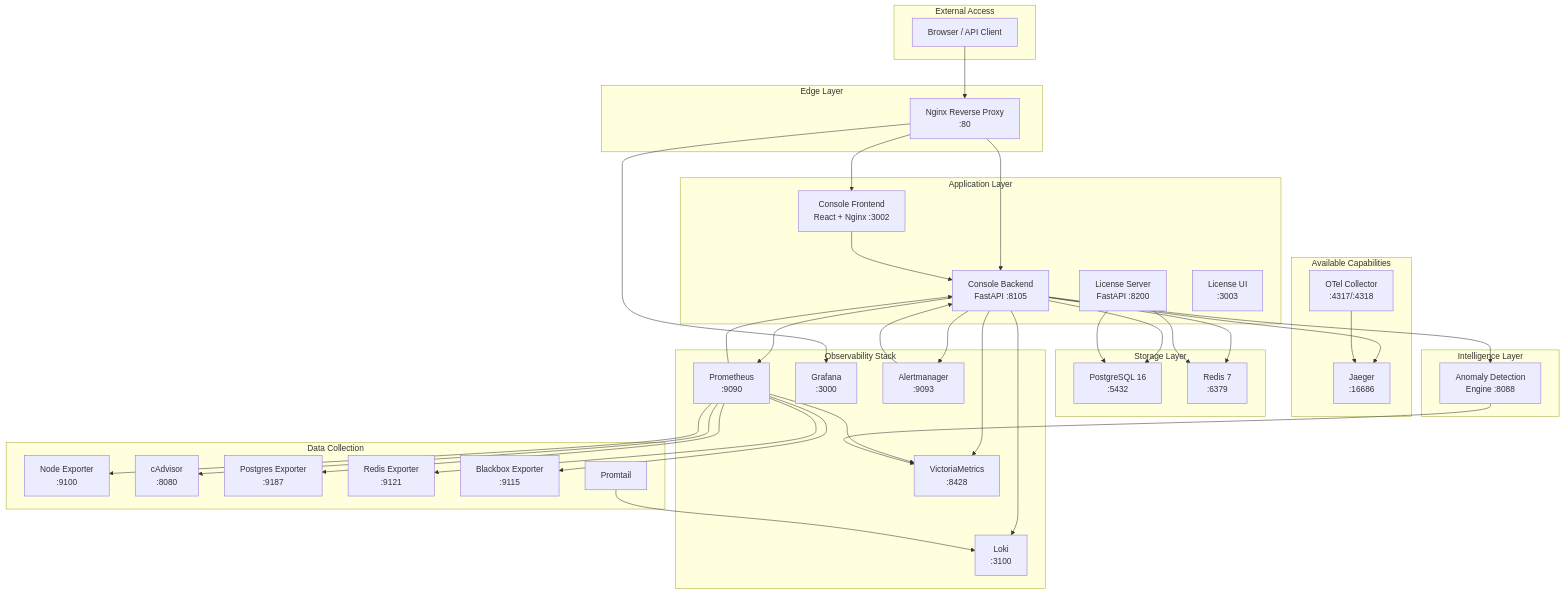
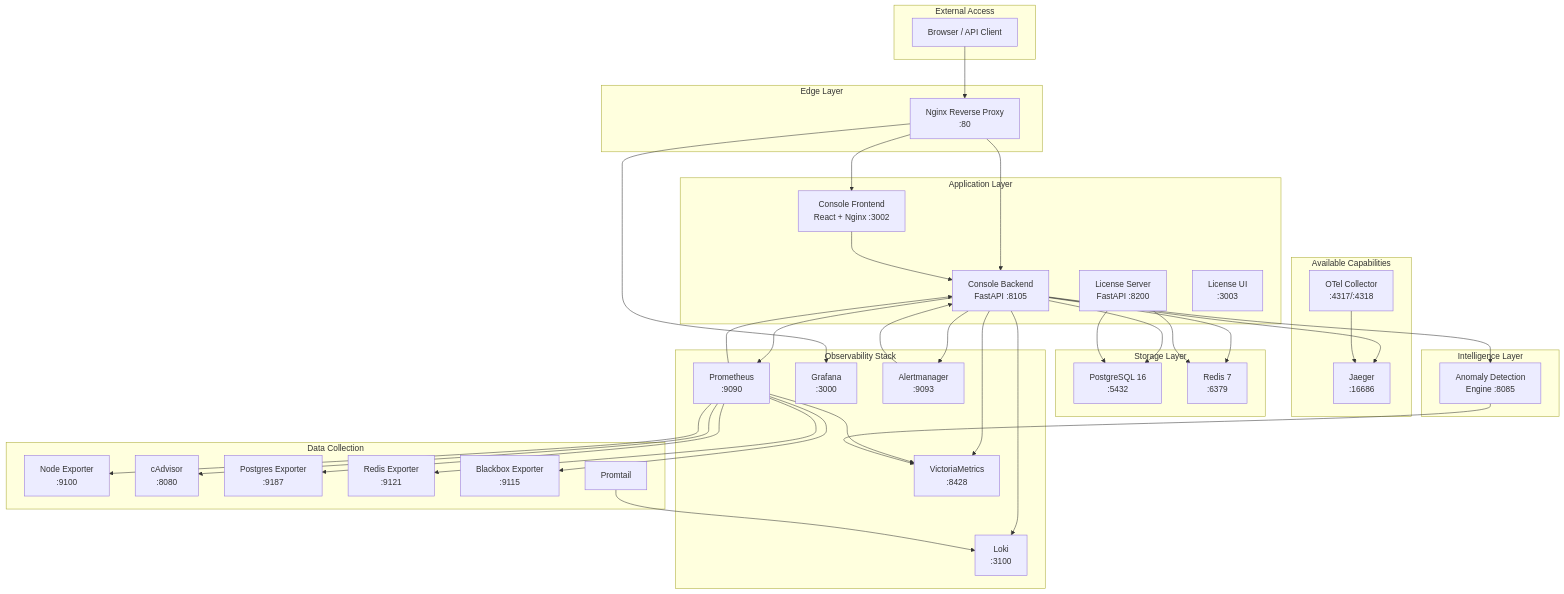
The first of 2 diagrams in rhinometric-console/docs/TECHNICAL_PLATFORM_OVERVIEW.md (Rafael2712/rhinometric-overview), drawn with Mermaid before and after one commit. The commit also changed other lines of this file and 10 other files, not shown here.

````diff
--- a/rhinometric-console/docs/TECHNICAL_PLATFORM_OVERVIEW.md
+++ b/rhinometric-console/docs/TECHNICAL_PLATFORM_OVERVIEW.md
@@ -14,75 +14,75 @@
 ```mermaid
 graph TB
     subgraph "External Access"
         USER["Browser / API Client"]
     end
 
     subgraph "Edge Layer"
         NGINX["Nginx Reverse Proxy<br/>:80"]
     end
 
     subgraph "Application Layer"
         FE["Console Frontend<br/>React + Nginx :3002"]
         BE["Console Backend<br/>FastAPI :8105"]
         LS["License Server<br/>FastAPI :8200"]
         LUI["License UI<br/>:3003"]
     end
 
     subgraph "Observability Stack"
         PROM["Prometheus<br/>:9090"]
         VM["VictoriaMetrics<br/>:8428"]
         LOKI["Loki<br/>:3100"]
         GRAFANA["Grafana<br/>:3000"]
         AM["Alertmanager<br/>:9093"]
     end
 
     subgraph "Available Capabilities"
         JAEGER["Jaeger<br/>:16686"]
         OTEL["OTel Collector<br/>:4317/:4318"]
     end
 
     subgraph "Data Collection"
         NE["Node Exporter<br/>:9100"]
         CA["cAdvisor<br/>:8080"]
         PE["Postgres Exporter<br/>:9187"]
         RE["Redis Exporter<br/>:9121"]
         BB["Blackbox Exporter<br/>:9115"]
         PT["Promtail"]
     end
 
     subgraph "Storage Layer"
         PG["PostgreSQL 16<br/>:5432"]
         REDIS["Redis 7<br/>:6379"]
     end
 
     subgraph "Intelligence Layer"
-        AI["Anomaly Detection<br/>Engine :8088"]
+        AI["Anomaly Detection<br/>Engine :8085"]
     end
 
     USER --> NGINX
     NGINX --> FE
     NGINX --> BE
     NGINX --> GRAFANA
     FE --> BE
     BE --> PG
     BE --> REDIS
     BE --> PROM
     BE --> VM
     BE --> LOKI
     BE --> JAEGER
     BE --> AM
     BE --> AI
     LS --> PG
     LS --> REDIS
     PROM --> VM
     PROM --> NE
     PROM --> CA
     PROM --> PE
     PROM --> RE
     PROM --> BB
     PROM --> BE
     PT --> LOKI
     OTEL --> JAEGER
     AI --> VM
     AM --> BE
 ```
````
